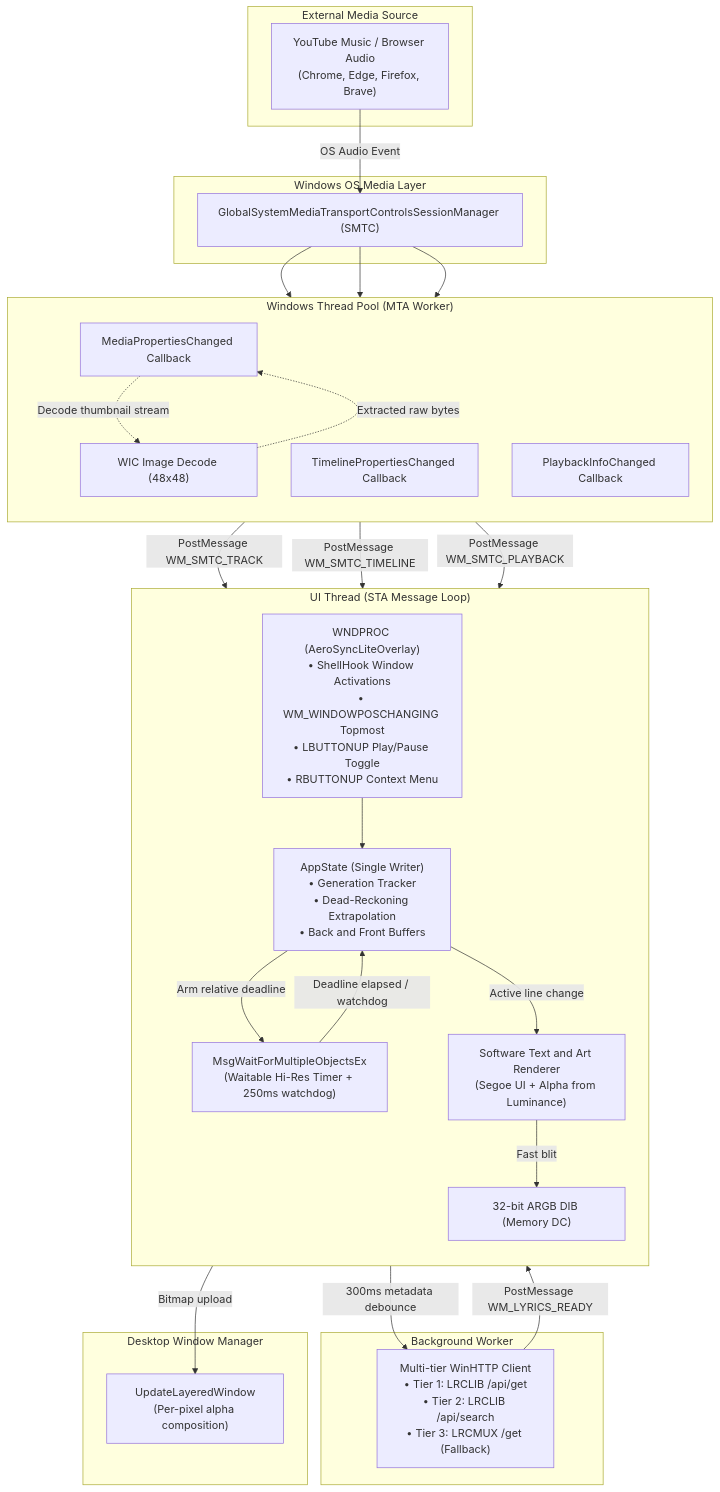
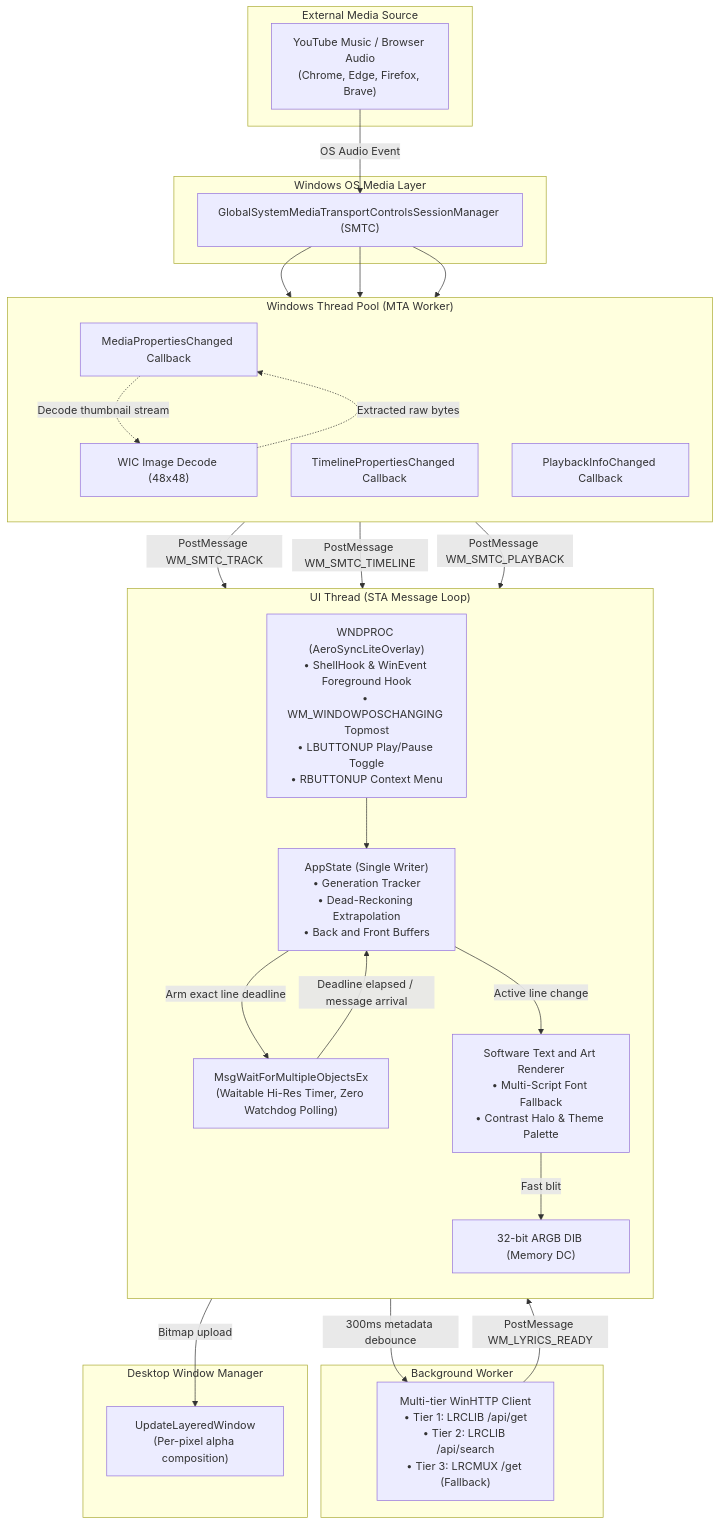
Before and after one commit to alvin-alvo/AeroSync-Lite: the diagram in docs/ARCHITECTURE.md, drawn with Mermaid. The commit also changed other lines of this file and 1 other file, not shown here.

Commit message:
docs: align README and ARCHITECTURE with zero-polling, theme contrast, and font fallback

````diff
--- a/docs/ARCHITECTURE.md
+++ b/docs/ARCHITECTURE.md
@@ -37,56 +37,56 @@
 ```mermaid
 flowchart TD
     subgraph External ["External Media Source"]
         YTM["YouTube Music / Browser Audio<br/>(Chrome, Edge, Firefox, Brave)"]
     end
 
     subgraph OS_SMTC ["Windows OS Media Layer"]
         SMTC["GlobalSystemMediaTransportControlsSessionManager (SMTC)"]
     end
 
     subgraph ThreadPool ["Windows Thread Pool (MTA Worker)"]
         direction TB
         E1["MediaPropertiesChanged Callback"]
         E2["TimelinePropertiesChanged Callback"]
         E3["PlaybackInfoChanged Callback"]
         E4["WIC Image Decode (48x48)"]
     end
 
     subgraph NetworkWorker ["Background Worker"]
         HTTP["Multi-tier WinHTTP Client<br/>• Tier 1: LRCLIB /api/get<br/>• Tier 2: LRCLIB /api/search<br/>• Tier 3: LRCMUX /get (Fallback)"]
     end
 
     subgraph UI_Thread ["UI Thread (STA Message Loop)"]
         direction TB
-        WND["WNDPROC (AeroSyncLiteOverlay)<br/>• ShellHook Window Activations<br/>• WM_WINDOWPOSCHANGING Topmost<br/>• LBUTTONUP Play/Pause Toggle<br/>• RBUTTONUP Context Menu"]
-        LOOP["MsgWaitForMultipleObjectsEx<br/>(Waitable Hi-Res Timer + 250ms watchdog)"]
+        WND["WNDPROC (AeroSyncLiteOverlay)<br/>• ShellHook & WinEvent Foreground Hook<br/>• WM_WINDOWPOSCHANGING Topmost<br/>• LBUTTONUP Play/Pause Toggle<br/>• RBUTTONUP Context Menu"]
+        LOOP["MsgWaitForMultipleObjectsEx<br/>(Waitable Hi-Res Timer, Zero Watchdog Polling)"]
         STATE["AppState (Single Writer)<br/>• Generation Tracker<br/>• Dead-Reckoning Extrapolation<br/>• Back and Front Buffers"]
-        RENDER["Software Text and Art Renderer<br/>(Segoe UI + Alpha from Luminance)"]
+        RENDER["Software Text and Art Renderer<br/>• Multi-Script Font Fallback<br/>• Contrast Halo & Theme Palette"]
         DIB["32-bit ARGB DIB (Memory DC)"]
     end
 
     subgraph DWM_Layer ["Desktop Window Manager"]
         DWM["UpdateLayeredWindow<br/>(Per-pixel alpha composition)"]
     end
 
     YTM -->|OS Audio Event| SMTC
     SMTC --> E1
     SMTC --> E2
     SMTC --> E3
     E1 -->|PostMessage WM_SMTC_TRACK| WND
     E2 -->|PostMessage WM_SMTC_TIMELINE| WND
     E3 -->|PostMessage WM_SMTC_PLAYBACK| WND
 
     E1 -.->|Decode thumbnail stream| E4
     E4 -.->|Extracted raw bytes| E1
 
     WND --> STATE
     STATE -->|300ms metadata debounce| HTTP
     HTTP -->|PostMessage WM_LYRICS_READY| WND
 
-    STATE -->|Arm relative deadline| LOOP
-    LOOP -->|Deadline elapsed / watchdog| STATE
+    STATE -->|Arm exact line deadline| LOOP
+    LOOP -->|Deadline elapsed / message arrival| STATE
     STATE -->|Active line change| RENDER
     RENDER -->|Fast blit| DIB
     DIB -->|Bitmap upload| DWM
 ```
````
